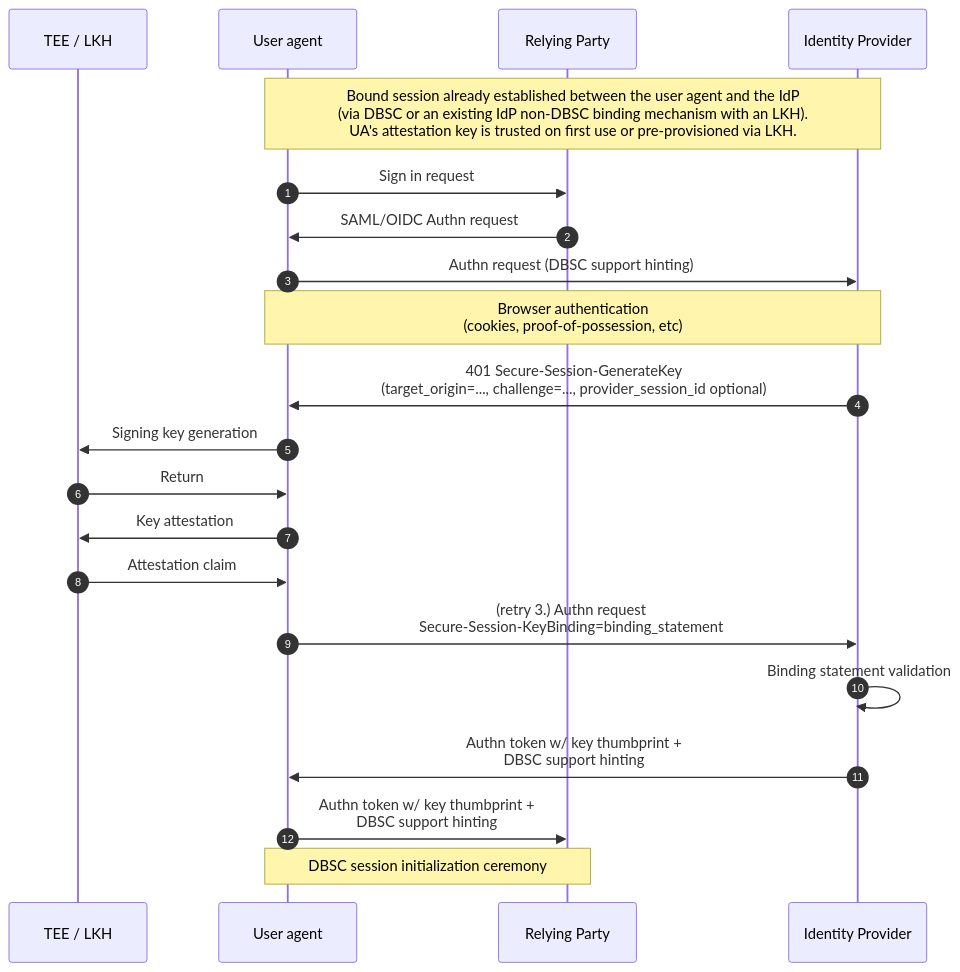
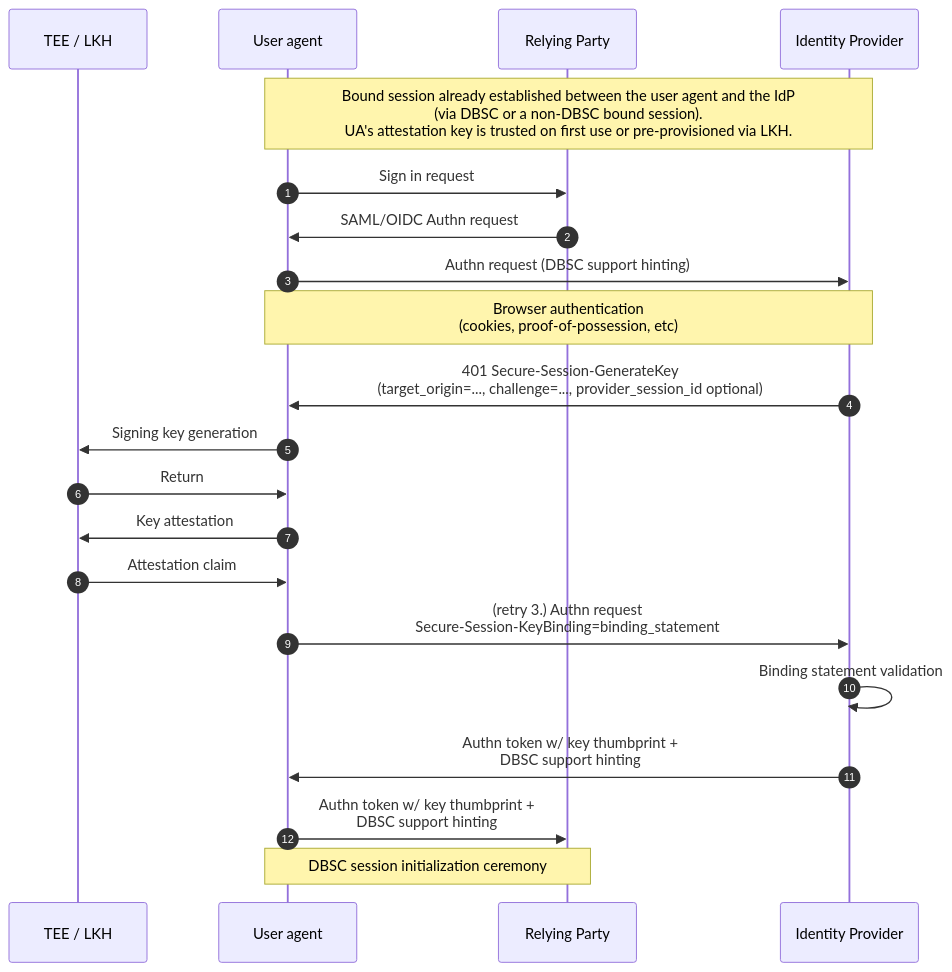
Before and after one commit to WICG/dbsc-sso: the second of 4 diagrams in README.md, drawn with Mermaid. The commit also changed other lines of this file, not shown here.

First line of the commit message:
Define the term non-DBSC bound session in the terminology section and standardize its usage.

````diff
--- a/README.md
+++ b/README.md
@@ -157,29 +158,29 @@
 ```mermaid
 sequenceDiagram
 	autonumber
 
 	participant t as TEE / LKH
 	participant u as User agent
 	participant r as Relying Party
 	participant i as Identity Provider
 
-	note over u, i: Bound session already established between the user agent and the IdP<br>(via DBSC or an existing IdP non-DBSC binding mechanism with an LKH).<br>UA's attestation key is trusted on first use or pre-provisioned via LKH.
+	note over u, i: Bound session already established between the user agent and the IdP<br>(via DBSC or a non-DBSC bound session).<br>UA's attestation key is trusted on first use or pre-provisioned via LKH.
 
 	u->>r: Sign in request
 	r->>u: SAML/OIDC Authn request
 	u->>i: Authn request (DBSC support hinting)
     
     note  over  u, i: Browser authentication<br>(cookies, proof-of-possession, etc)
 	
     i->>u: 401 Secure-Session-GenerateKey<br>(target_origin=..., challenge=..., provider_session_id optional)
 	u->>t: Signing key generation
 	t->>u: Return
 	u->>t: Key attestation
 	t->>u: Attestation claim
 	u->>i: (retry 3.) Authn request<br>Secure-Session-KeyBinding=binding_statement
 	i->>i: Binding statement validation
 	i->>u: Authn token w/ key thumbprint + <br>DBSC support hinting
 	u->>r: Authn token w/ key thumbprint + <br>DBSC support hinting
 	
     note  over  u, r: DBSC session initialization ceremony
 ```
````
